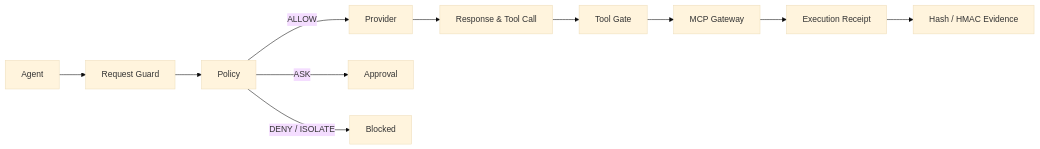
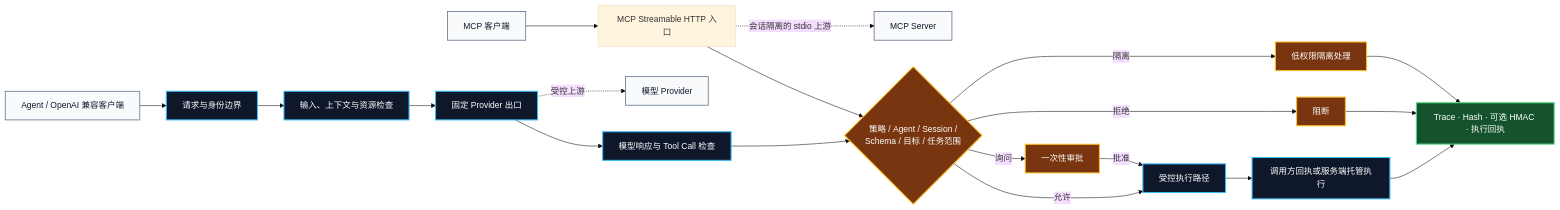
Before and after one commit to Chengxiaoyu1119/AgentBulwark: the first of 4 diagrams in README.md, drawn with Mermaid (base theme). The commit also changed other lines of this file and 22 other files, not shown here.

````diff
--- a/README.md
+++ b/README.md
@@ -33,13 +36,31 @@
 ```mermaid
 flowchart LR
-    A[Agent] --> B[Request Guard]
-    B --> C[Policy]
-    C -->|ALLOW| D[Provider]
-    C -->|ASK| E[Approval]
-    C -->|DENY / ISOLATE| X[Blocked]
-    D --> F[Response & Tool Call]
-    F --> G[Tool Gate]
-    G --> H[MCP Gateway]
-    H --> I[Execution Receipt]
-    I --> J[Hash / HMAC Evidence]
+    classDef boundary fill:#0f172a,color:#ffffff,stroke:#38bdf8,stroke-width:2px
+    classDef decision fill:#78350f,color:#ffffff,stroke:#fbbf24,stroke-width:2px
+    classDef evidence fill:#14532d,color:#ffffff,stroke:#4ade80,stroke-width:2px
+    classDef external fill:#f8fafc,color:#0f172a,stroke:#64748b,stroke-width:1.5px
+
+    A[Agent / OpenAI 兼容客户端] --> B[请求与身份边界]
+    M[MCP 客户端] --> N[MCP Streamable HTTP 入口]
+    B --> C[输入、上下文与资源检查]
+    C --> D[固定 Provider 出口]
+    D --> E[模型响应与 Tool Call 检查]
+    E --> F{策略 / Agent / Session /<br/>Schema / 目标 / 任务范围}
+    N --> F
+    F -->|允许| G[受控执行路径]
+    F -->|询问| H[一次性审批]
+    H -->|批准| G
+    F -->|拒绝| X[阻断]
+    F -->|隔离| Y[低权限隔离处理]
+    G --> I[调用方回执或服务端托管执行]
+    I --> J[Trace · Hash · 可选 HMAC · 执行回执]
+    X --> J
+    Y --> J
+    D -. 受控上游 .-> P[模型 Provider]
+    N -. 会话隔离的 stdio 上游 .-> Q[MCP Server]
+
+    class A,M,P,Q external
+    class B,C,D,E,G,I boundary
+    class F,H,X,Y decision
+    class J evidence
 ```
````
